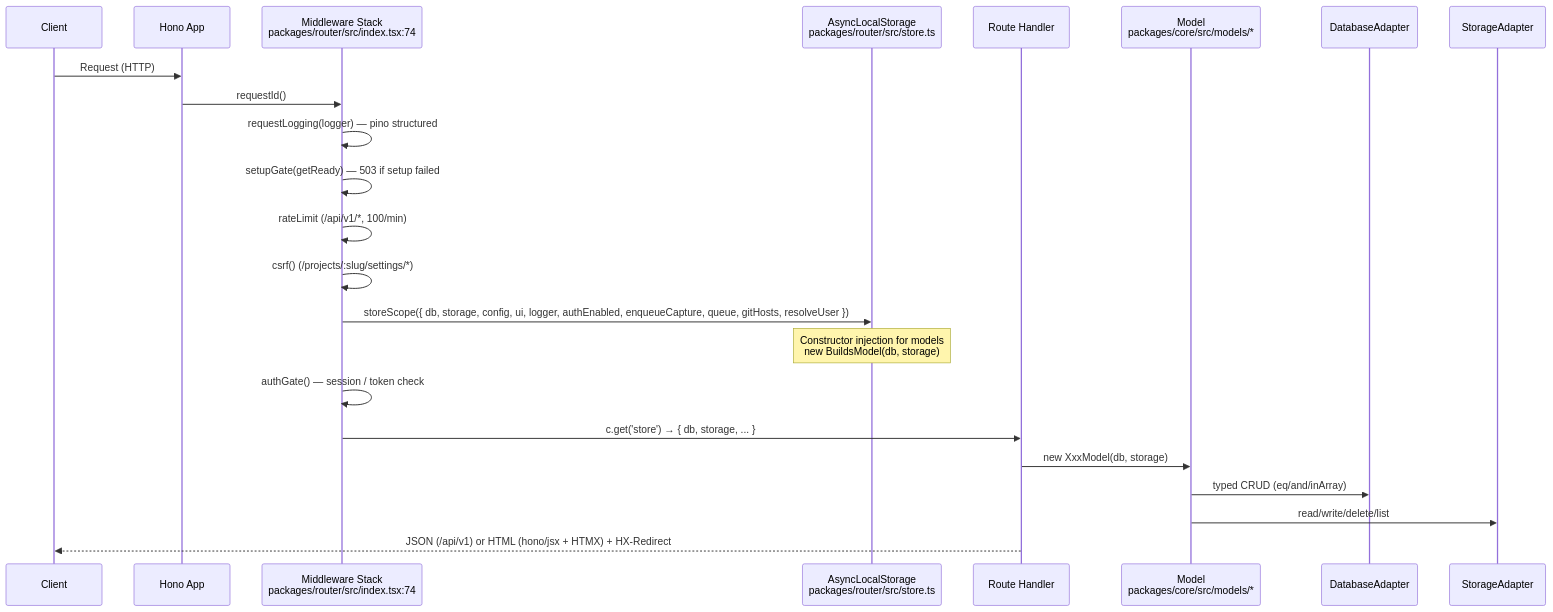
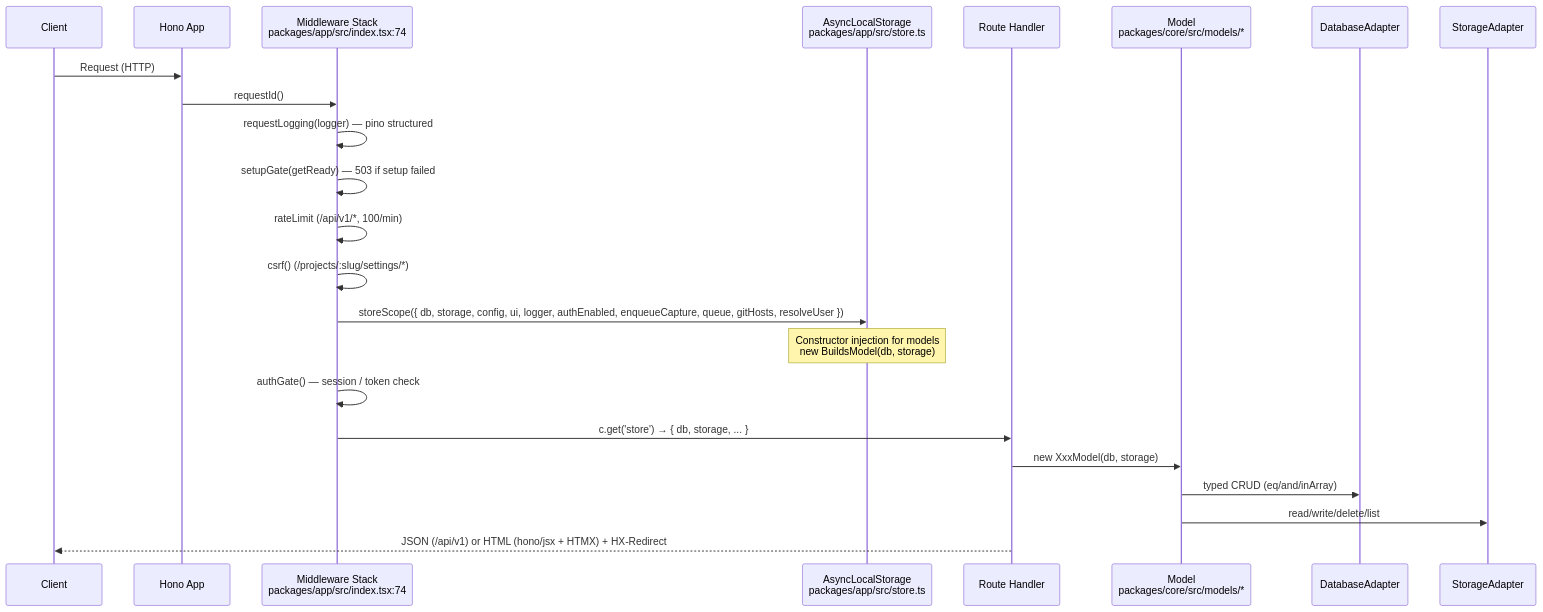
Before and after one commit to GuptaSiddhant/StoryShelf: the fourth of 18 diagrams in docs/architecture-diagrams.md, drawn with Mermaid. The commit also changed other lines of this file and 30 other files, not shown here.

````diff
--- a/docs/architecture-diagrams.md
+++ b/docs/architecture-diagrams.md
@@ -218,26 +218,26 @@
 ```mermaid
 sequenceDiagram
     participant Client
     participant Hono as Hono App
-    participant MW as Middleware Stack<br/>packages/router/src/index.tsx:74
-    participant Store as AsyncLocalStorage<br/>packages/router/src/store.ts
+    participant MW as Middleware Stack<br/>packages/app/src/index.tsx:74
+    participant Store as AsyncLocalStorage<br/>packages/app/src/store.ts
     participant Handler as Route Handler
     participant Model as Model<br/>packages/core/src/models/*
     participant DB as DatabaseAdapter
     participant Storage as StorageAdapter
 
     Client->>Hono: Request (HTTP)
     Hono->>MW: requestId()
     MW->>MW: requestLogging(logger) — pino structured
     MW->>MW: setupGate(getReady) — 503 if setup failed
     MW->>MW: rateLimit (/api/v1/*, 100/min)
     MW->>MW: csrf() (/projects/:slug/settings/*)
     MW->>Store: storeScope({ db, storage, config, ui, logger, authEnabled, enqueueCapture, queue, gitHosts, resolveUser })
     Note over Store: Constructor injection for models<br/>new BuildsModel(db, storage)
     MW->>MW: authGate() — session / token check
     MW->>Handler: c.get('store') → { db, storage, ... }
     Handler->>Model: new XxxModel(db, storage)
     Model->>DB: typed CRUD (eq/and/inArray)
     Model->>Storage: read/write/delete/list
     Handler-->>Client: JSON (/api/v1) or HTML (hono/jsx + HTMX) + HX-Redirect
 ```
````
